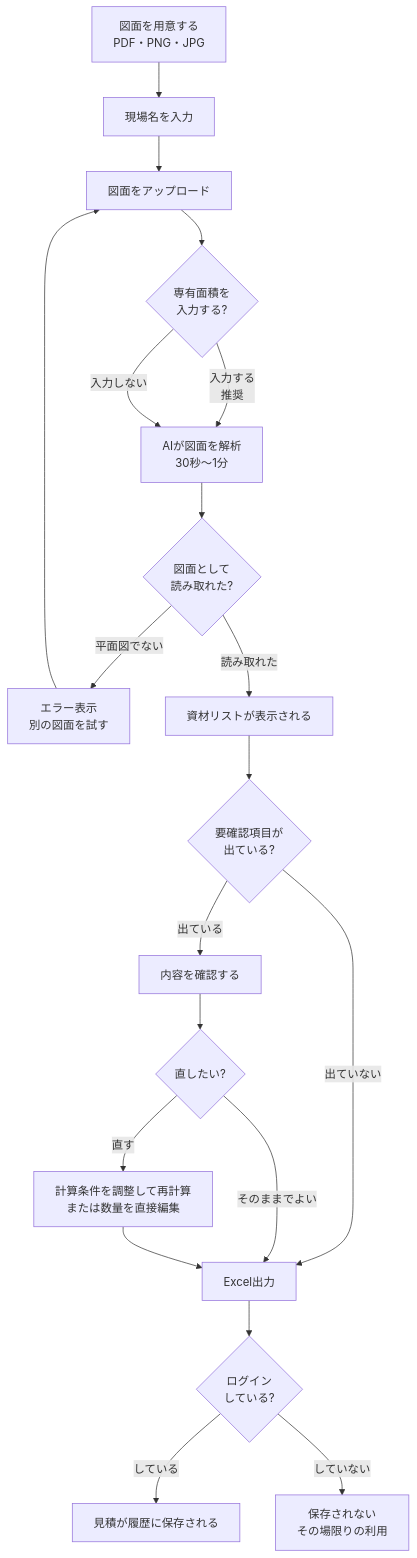
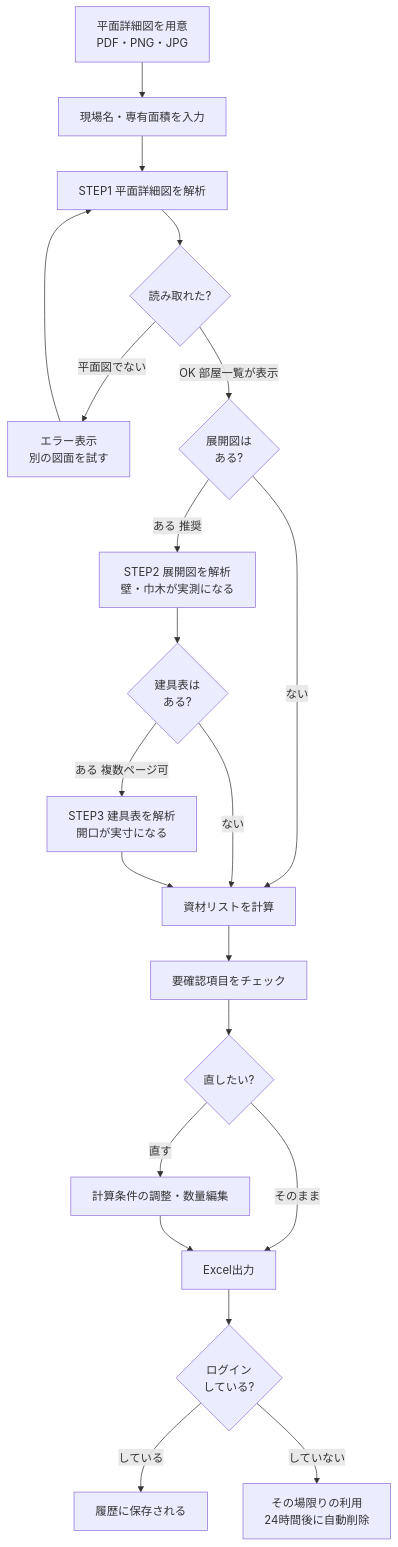
The diagram in SPEC.md (moubosama/zairyo), drawn with Mermaid before and after one commit. The commit also changed other lines of this file and 1 other file, not shown here.

First line of the commit message:
仕様書を現状に全面更新（3図面段階式・建材14項目・計算の仕組み・精度・ロードマップ）

````diff
--- a/SPEC.md
+++ b/SPEC.md
@@ -86,22 +87,23 @@
 ```mermaid
 flowchart TD
-    A[図面を用意する<br/>PDF・PNG・JPG] --> B[現場名を入力]
-    B --> C[図面をアップロード]
-    C --> D{専有面積を<br/>入力する?}
-    D -->|入力する<br/>推奨| E[AIが図面を解析<br/>30秒〜1分]
-    D -->|入力しない| E
-    E --> F{図面として<br/>読み取れた?}
-    F -->|平面図でない| G[エラー表示<br/>別の図面を試す]
-    G --> C
-    F -->|読み取れた| H[資材リストが表示される]
-    H --> I{要確認項目が<br/>出ている?}
-    I -->|出ている| J[内容を確認する]
-    I -->|出ていない| K
-    J --> L{直したい?}
-    L -->|直す| M[計算条件を調整して再計算<br/>または数量を直接編集]
-    L -->|そのままでよい| K
-    M --> K[Excel出力]
-    K --> N{ログイン<br/>している?}
-    N -->|している| O[見積が履歴に保存される]
-    N -->|していない| P[保存されない<br/>その場限りの利用]
+    A[平面詳細図を用意<br/>PDF・PNG・JPG] --> B[現場名・専有面積を入力]
+    B --> C[STEP1 平面詳細図を解析]
+    C --> D{読み取れた?}
+    D -->|平面図でない| E[エラー表示<br/>別の図面を試す]
+    E --> C
+    D -->|OK 部屋一覧が表示| F{展開図は<br/>ある?}
+    F -->|ある 推奨| G[STEP2 展開図を解析<br/>壁・巾木が実測になる]
+    F -->|ない| I
+    G --> H{建具表は<br/>ある?}
+    H -->|ある 複数ページ可| J[STEP3 建具表を解析<br/>開口が実寸になる]
+    H -->|ない| I
+    J --> I[資材リストを計算]
+    I --> K[要確認項目をチェック]
+    K --> L{直したい?}
+    L -->|直す| M[計算条件の調整・数量編集]
+    L -->|そのまま| N
+    M --> N[Excel出力]
+    N --> O{ログイン<br/>している?}
+    O -->|している| P[履歴に保存される]
+    O -->|していない| Q[その場限りの利用<br/>24時間後に自動削除]
 ```
````
